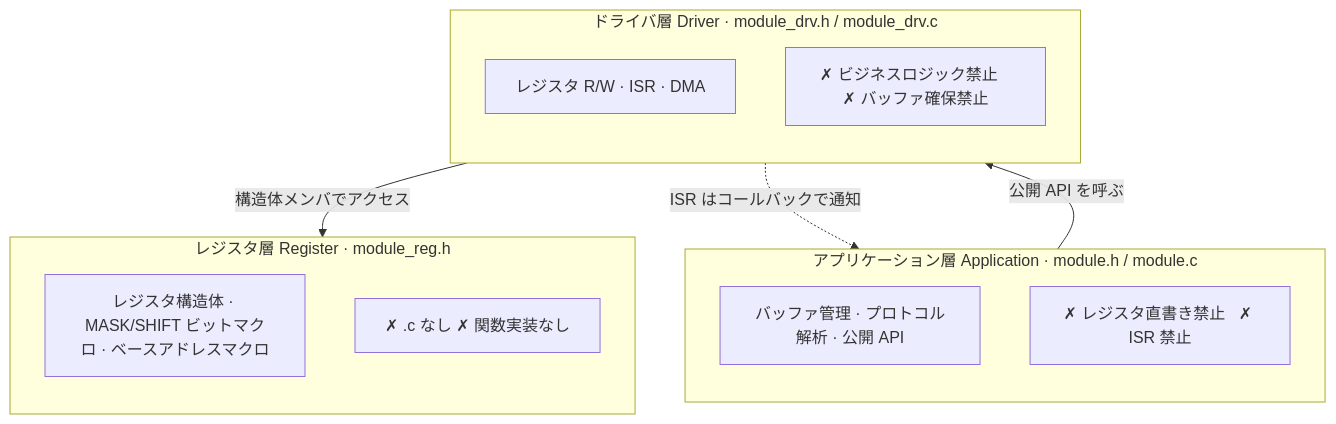
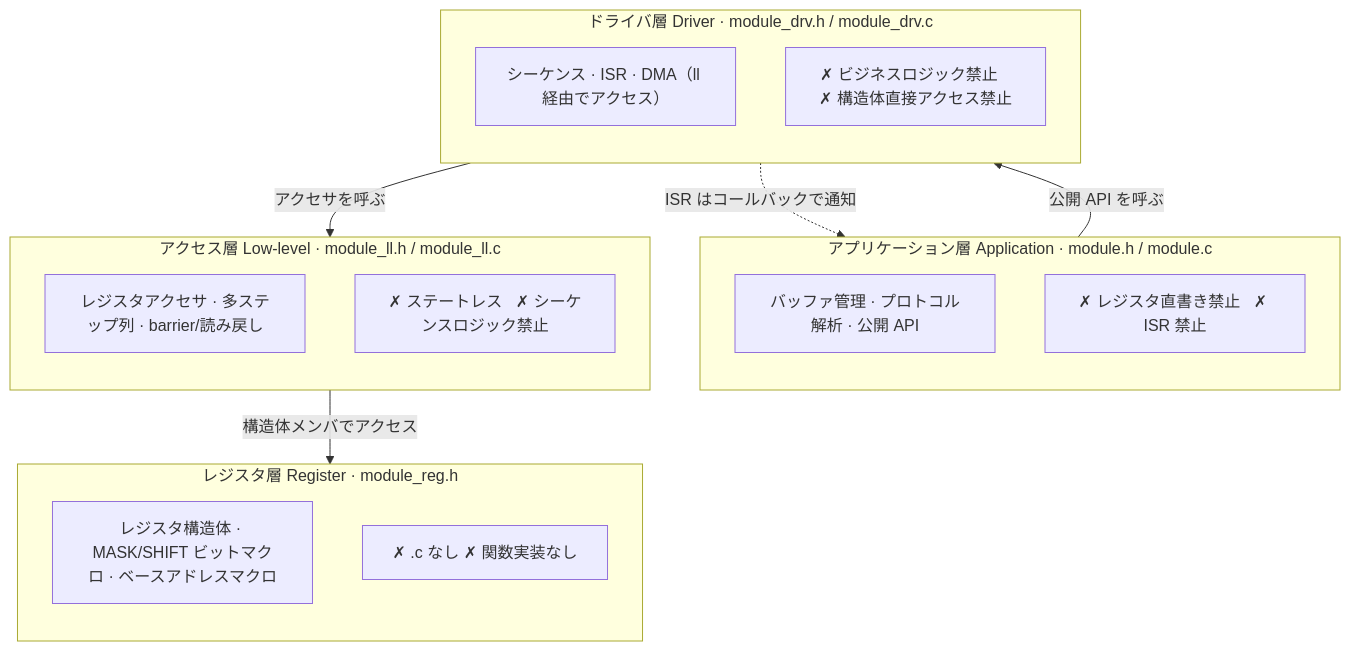
One commit to leon-2050/embedded-code-skill changed the diagram in README_JP.md. Above: the diagram before and after it, drawn with Mermaid. The commit also changed other lines of this file and 3 other files, not shown here.

````diff
--- a/README_JP.md
+++ b/README_JP.md
@@ -63,22 +62,28 @@
 ```mermaid
 flowchart TB
     subgraph APP["アプリケーション層 Application · module.h / module.c"]
         direction TB
         A1["バッファ管理 · プロトコル解析 · 公開 API"]
         A2["✗ レジスタ直書き禁止   ✗ ISR 禁止"]
     end
     subgraph DRV["ドライバ層 Driver · module_drv.h / module_drv.c"]
         direction TB
-        D1["レジスタ R/W · ISR · DMA"]
-        D2["✗ ビジネスロジック禁止   ✗ バッファ確保禁止"]
+        D1["シーケンス · ISR · DMA（ll 経由でアクセス）"]
+        D2["✗ ビジネスロジック禁止   ✗ 構造体直接アクセス禁止"]
+    end
+    subgraph LL["アクセス層 Low-level · module_ll.h / module_ll.c"]
+        direction TB
+        L1["レジスタアクセサ · 多ステップ列 · barrier/読み戻し"]
+        L2["✗ ステートレス   ✗ シーケンスロジック禁止"]
     end
     subgraph REG["レジスタ層 Register · module_reg.h"]
         direction TB
         R1["レジスタ構造体 · MASK/SHIFT ビットマクロ · ベースアドレスマクロ"]
         R2["✗ .c なし   ✗ 関数実装なし"]
     end
 
     APP -->|"公開 API を呼ぶ"| DRV
-    DRV -->|"構造体メンバでアクセス"| REG
+    DRV -->|"アクセサを呼ぶ"| LL
+    LL -->|"構造体メンバでアクセス"| REG
     DRV -.->|"ISR はコールバックで通知"| APP
 ```
````
